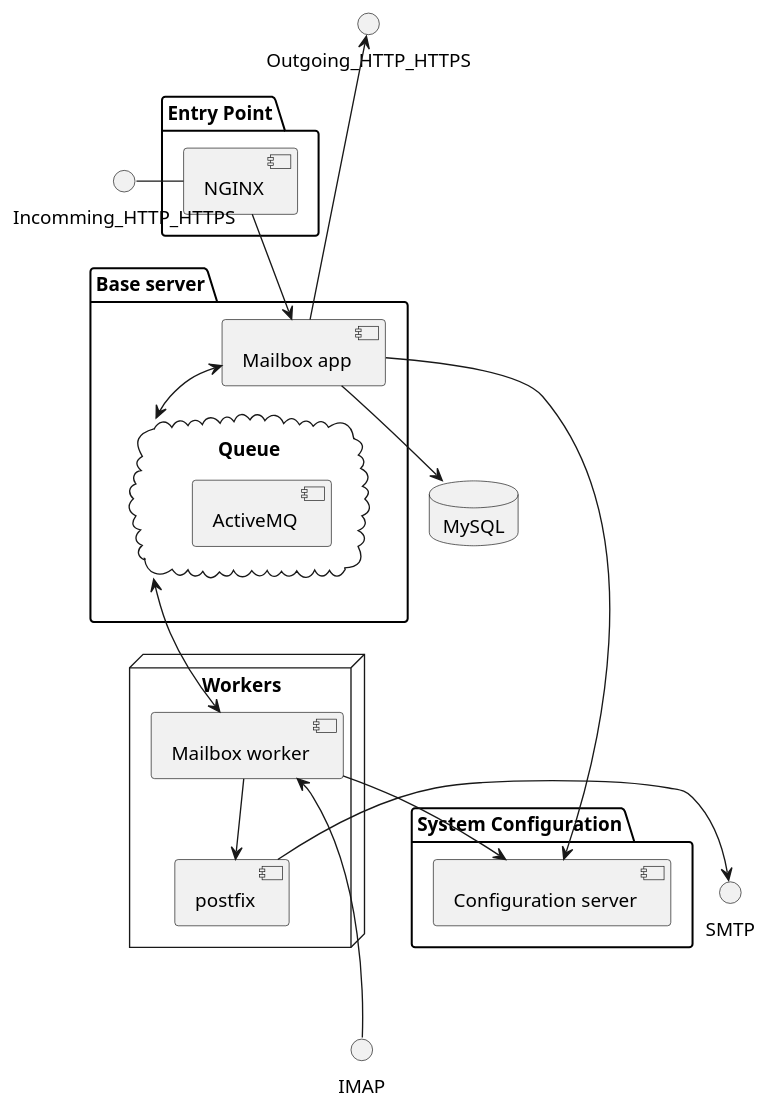
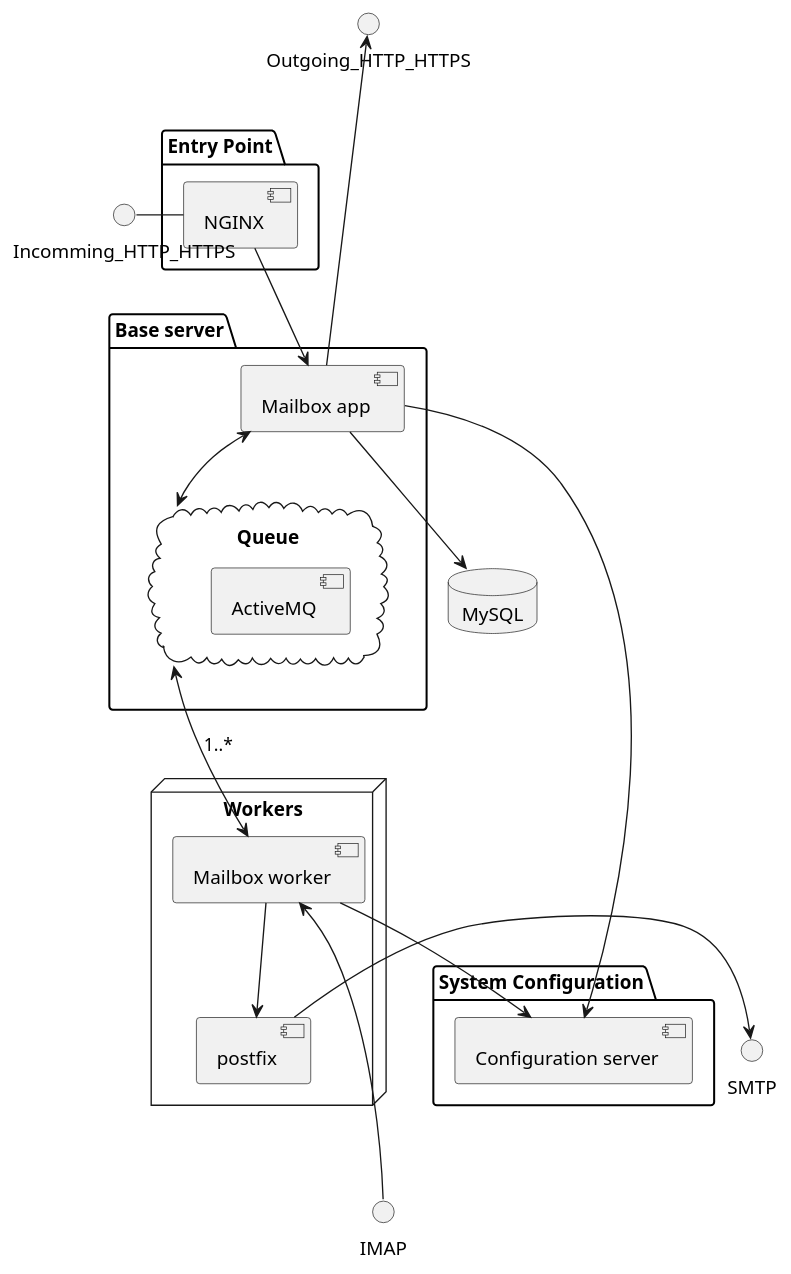
Before and after one commit to cyprianno/mailblackbox: the diagram in docs/architecture/system-high-level.puml, drawn with PlantUML. The commit also changed 4 other files, not shown here.

Commit message:
high level system architecture

```diff
--- a/docs/architecture/system-high-level.puml
+++ b/docs/architecture/system-high-level.puml
@@ -1,35 +1,35 @@
 @startuml
 
 package "System Configuration" {
     [Configuration server]
 }
 database "MySQL" {
 }
 
 package "Entry Point" {
     [NGINX]
 }
 
 package "Base server" {
     [NGINX] --> [Mailbox app]
     [Mailbox app]
     [Mailbox app] --> MySQL
     [Mailbox app] <--> Queue
     [Mailbox app] --> [Configuration server]
 }
 
 cloud "Queue" {
     [ActiveMQ]
 }
 
 node "Workers" {
-    Queue <--> [Mailbox worker]
+    Queue <--> [Mailbox worker] : 1..*
     [Mailbox worker] --> [postfix]
     [Mailbox worker] --> [Configuration server]
 
 }
 Incomming_HTTP_HTTPS - [NGINX]
 Outgoing_HTTP_HTTPS <--- [Mailbox app]
 [Mailbox worker] <--- IMAP
 [postfix] -> SMTP
 @enduml
```
